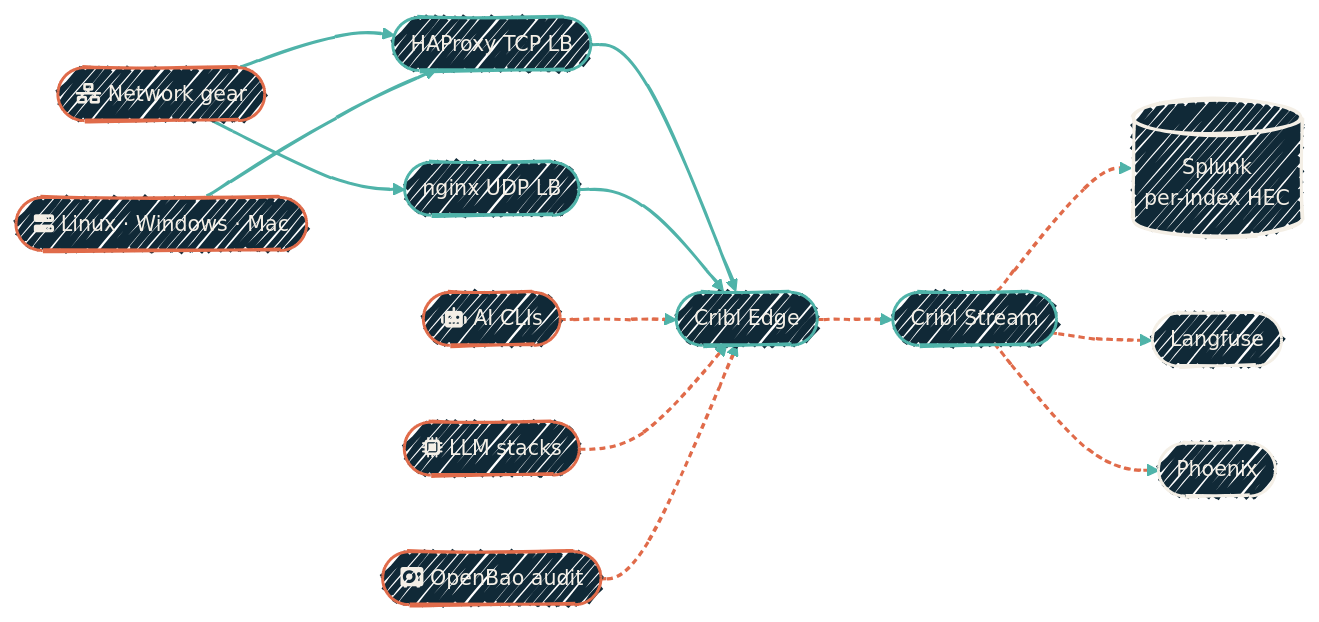
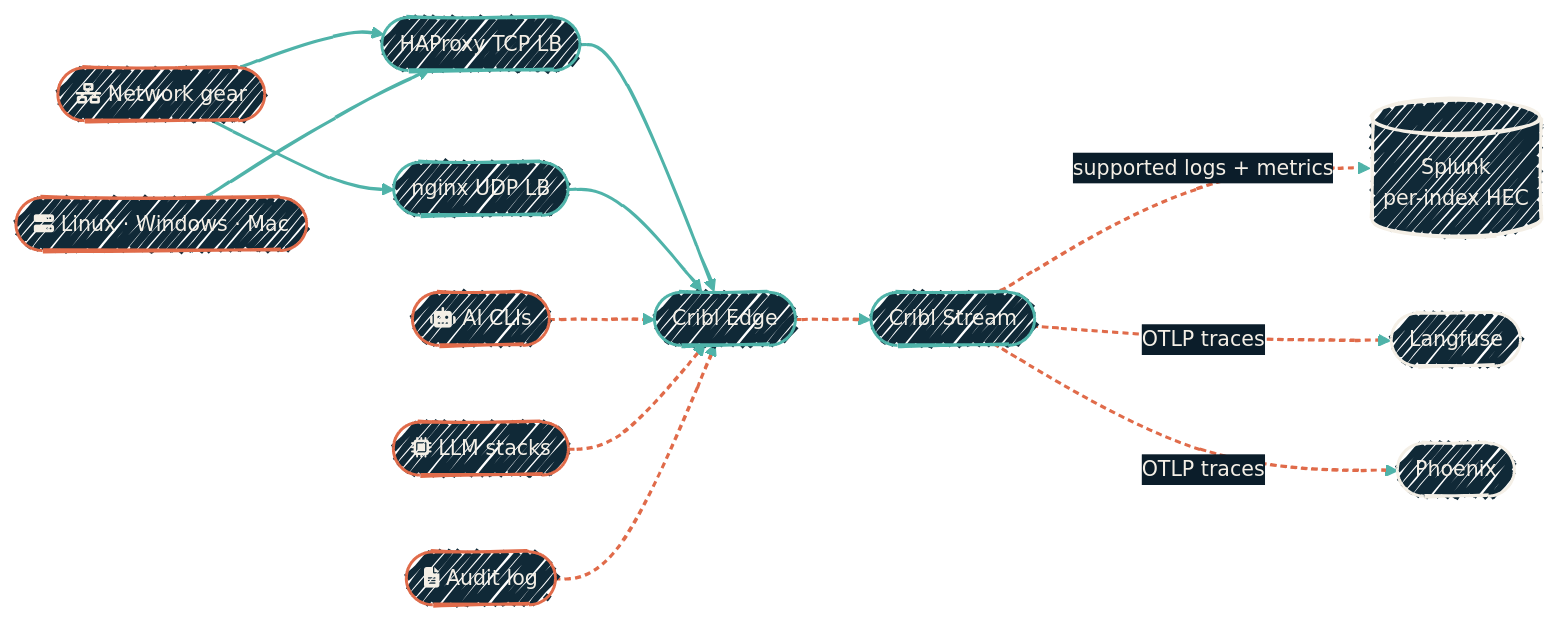
The first of 8 diagrams in observability/pipeline-flows.mdx (dryvist/docs), drawn with Mermaid before and after one commit. The commit also changed other lines of this file and 100 other files, not shown here.

````diff
--- a/observability/pipeline-flows.mdx
+++ b/observability/pipeline-flows.mdx
@@ -24,49 +24,49 @@
 ```mermaid
 %%{init:
   {'theme':'base','look':'handDrawn','themeVariables':{'fontFamily':'Geist','fontSize':'14px','primaryColor':'#102937','primaryTextColor':'#F4EFE6','primaryBorderColor':'#4FB3A9','lineColor':'#4FB3A9','secondaryColor':'#0B1D2A','tertiaryColor':'#1A2A38','clusterBkg':'rgba(79,179,169,0.08)','clusterBorder':'#4FB3A9'}}}%%
   flowchart LR
   Gear([fa:fa-network-wired Network gear])
   Hosts([fa:fa-server Linux · Windows · Mac])
   CLIs([fa:fa-robot AI CLIs])
   LLM([fa:fa-microchip LLM stacks])
-  Bao([fa:fa-vault OpenBao audit])
+  Audit([fa:fa-file-lines Audit log])
 
   HAP([HAProxy TCP LB])
   NGX([nginx UDP LB])
   Edge([Cribl Edge])
   Stream([Cribl Stream])
   SP[(Splunk<br/>per-index HEC)]
   LF([Langfuse])
   PX([Phoenix])
 
   Gear --> HAP
   Gear --> NGX
   Hosts --> HAP
   HAP --> Edge
   NGX --> Edge
   CLIs --> Edge
   LLM --> Edge
-  Bao --> Edge
+  Audit --> Edge
   Edge --> Stream
-  Stream --> SP
-  Stream --> LF
-  Stream --> PX
+  Stream -->|supported logs + metrics| SP
+  Stream -->|OTLP traces| LF
+  Stream -->|OTLP traces| PX
 
   classDef src  fill:#102937,stroke:#E06B4A,stroke-width:2px,color:#F4EFE6;
   classDef ai   fill:#102937,stroke:#E06B4A,stroke-width:2px,color:#F4EFE6;
   classDef hop  fill:#102937,stroke:#4FB3A9,stroke-width:2px,color:#F4EFE6;
   classDef sink fill:#102937,stroke:#F4EFE6,stroke-width:2px,color:#F4EFE6;
 
-  class Gear,Hosts,Bao src
+  class Gear,Hosts,Audit src
   class CLIs,LLM ai
   class HAP,NGX,Edge,Stream hop
   class SP,LF,PX sink
 
   click Edge "/observability/monitoring-agents" "Every collector and where it runs"
   click SP "/observability/repos/ansible-splunk" "Splunk install + indexes"
   click LF "/observability/llm-observability" "Langfuse and the OTLP path"
   click PX "/observability/phoenix" "Arize Phoenix: evals and experiments"
 
   linkStyle 0,1,2,3,4 stroke:#4FB3A9,stroke-width:2px;
   linkStyle 5,6,7,8,9,10,11 stroke:#E06B4A,stroke-width:2px,stroke-dasharray:4 3;
 ```
````
